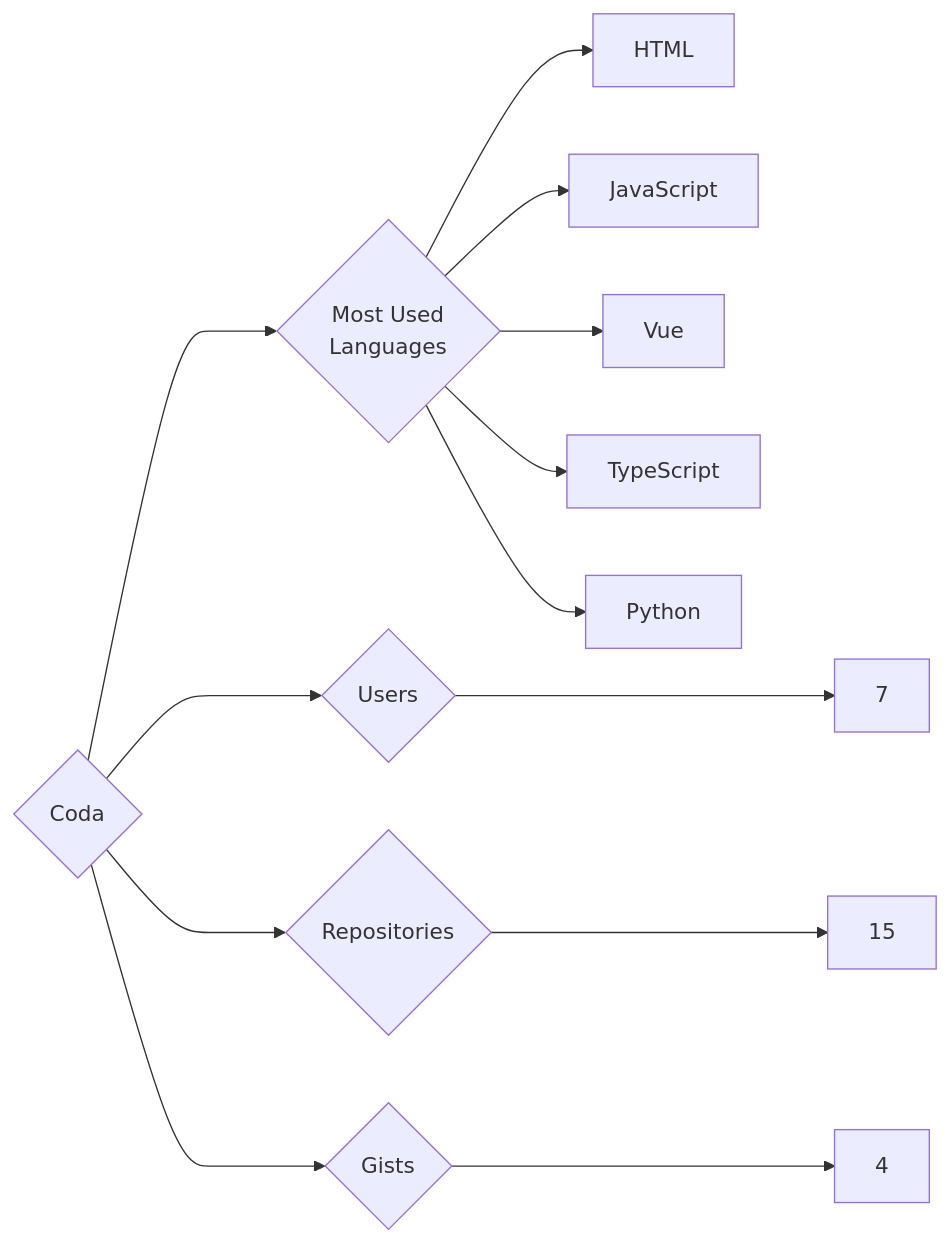
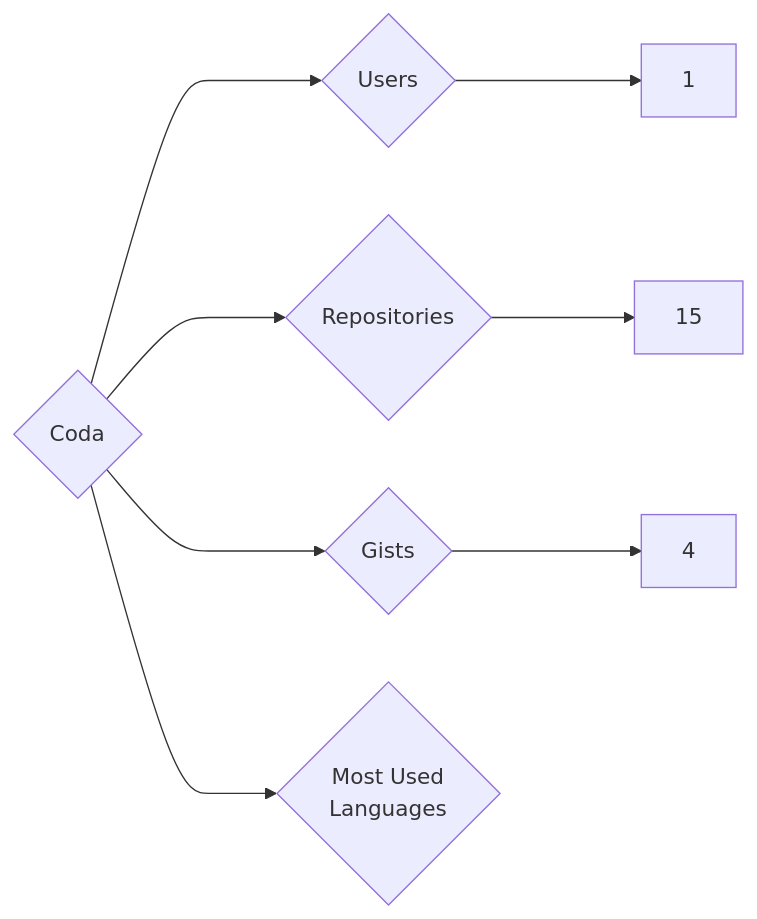
The diagram in targets/Coda/README.md (trickest/insiders), drawn with Mermaid before and after one commit. The commit also changed 559 other files, not shown here.

````diff
--- a/targets/Coda/README.md
+++ b/targets/Coda/README.md
@@ -3,13 +3,8 @@
 ```mermaid
 graph LR
 COMPANY_NAME{Coda}
-COMPANY_NAME ---> U{Users} ---> UN[7]
+COMPANY_NAME ---> U{Users} ---> UN[1]
 COMPANY_NAME ---> R{Repositories} ---> RN[15]
 COMPANY_NAME ---> G{Gists} ---> GN[4]
 COMPANY_NAME ---> ML{Most Used<br>Languages}
-ML --> HTML[HTML]
-ML --> JavaScript[JavaScript]
-ML --> Vue[Vue]
-ML --> TypeScript[TypeScript]
-ML --> Python[Python]
 ```
````
